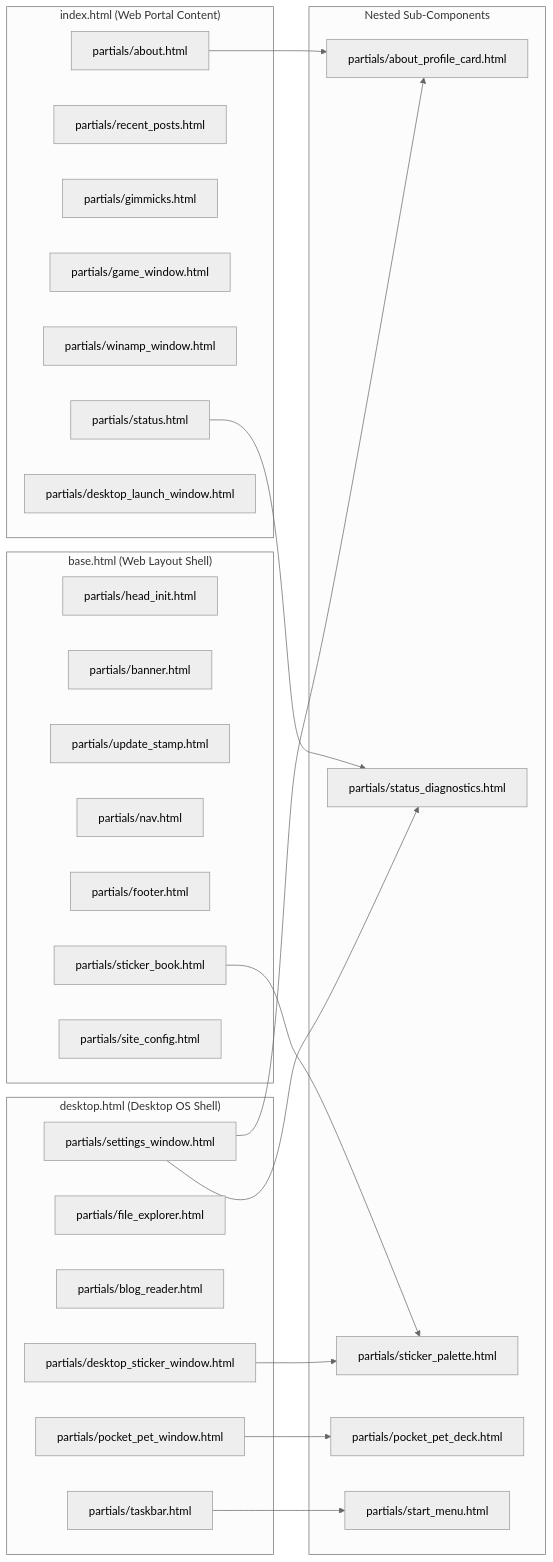
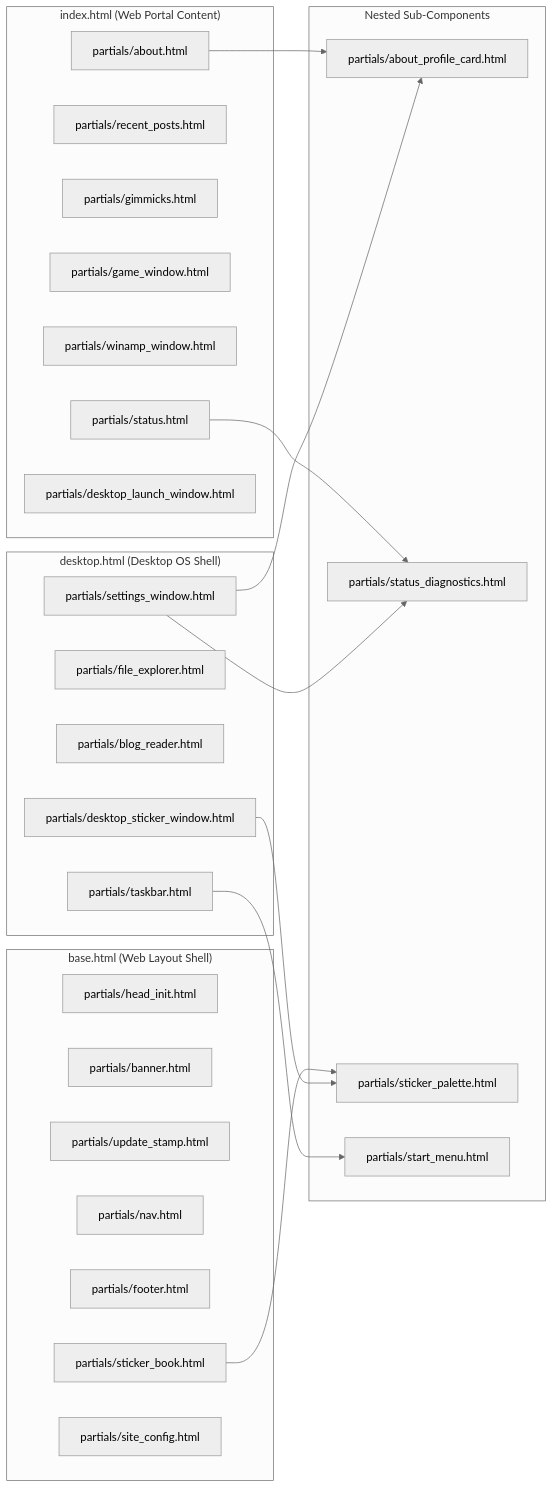
Before and after one commit to spatoa/website: the second of 2 diagrams in ARCHITECTURE.md, drawn with Mermaid (neutral theme). The commit also changed other lines of this file and 24 other files, not shown here.

Commit message:
chore: remove pocket pet game, templates, styles, and assets

````diff
--- a/ARCHITECTURE.md
+++ b/ARCHITECTURE.md
@@ -75,48 +64,45 @@
 ```mermaid
 graph LR
     subgraph Base_Shell["base.html (Web Layout Shell)"]
         head_init["partials/head_init.html"]
         banner["partials/banner.html"]
         update_stamp["partials/update_stamp.html"]
         nav["partials/nav.html"]
         footer["partials/footer.html"]
         sticker_book["partials/sticker_book.html"]
         site_config["partials/site_config.html"]
     end
 
     subgraph Index_Portal["index.html (Web Portal Content)"]
         about["partials/about.html"]
         recent_posts["partials/recent_posts.html"]
         gimmicks["partials/gimmicks.html"]
         game_window["partials/game_window.html"]
         winamp_window["partials/winamp_window.html"]
         status["partials/status.html"]
         desktop_launch["partials/desktop_launch_window.html"]
     end
 
     subgraph Desktop_OS["desktop.html (Desktop OS Shell)"]
         desktop_stickers["partials/desktop_sticker_window.html"]
         file_explorer["partials/file_explorer.html"]
         blog_reader["partials/blog_reader.html"]
         settings_window["partials/settings_window.html"]
-        pocket_pet_win["partials/pocket_pet_window.html"]
         taskbar["partials/taskbar.html"]
     end
 
     subgraph Reusable_Cards["Nested Sub-Components"]
         about_card["partials/about_profile_card.html"]
         diagnostics["partials/status_diagnostics.html"]
         palette["partials/sticker_palette.html"]
-        pet_deck["partials/pocket_pet_deck.html"]
         start_menu["partials/start_menu.html"]
     end
 
     about --> about_card
     settings_window --> about_card
     status --> diagnostics
     settings_window --> diagnostics
     sticker_book --> palette
     desktop_stickers --> palette
-    pocket_pet_win --> pet_deck
     taskbar --> start_menu
 ```
````
